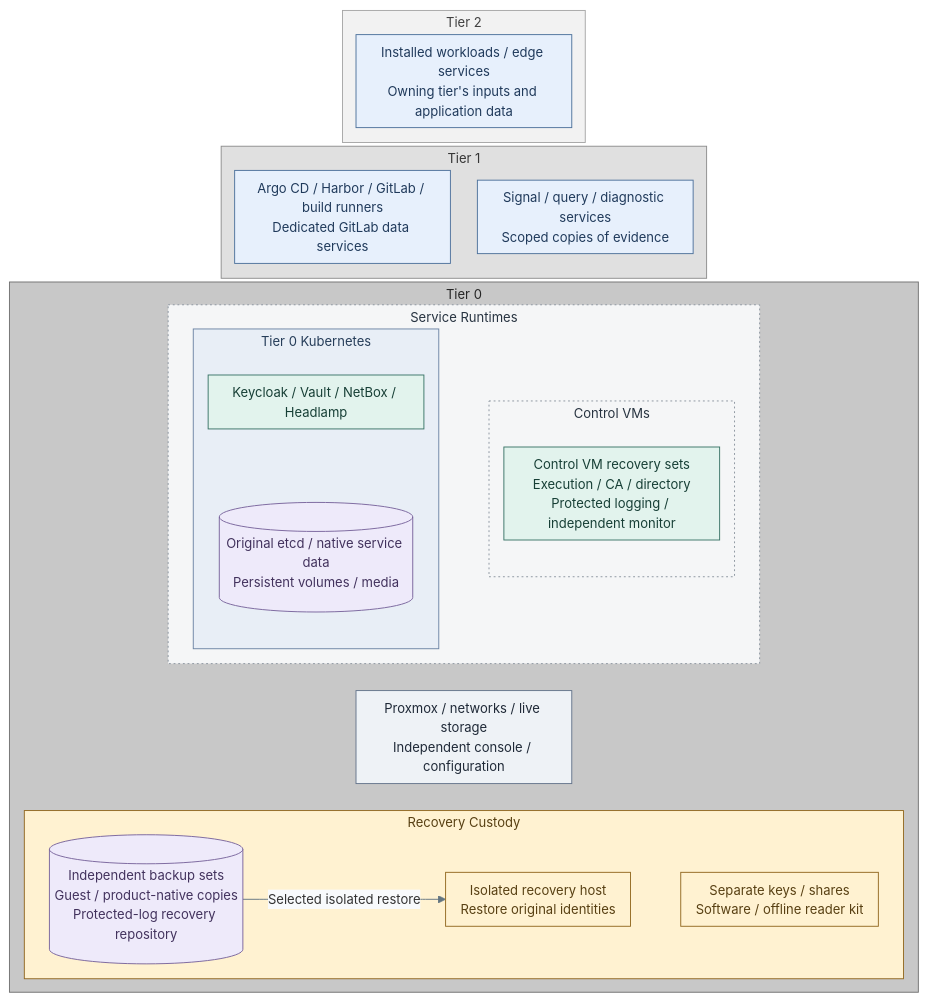
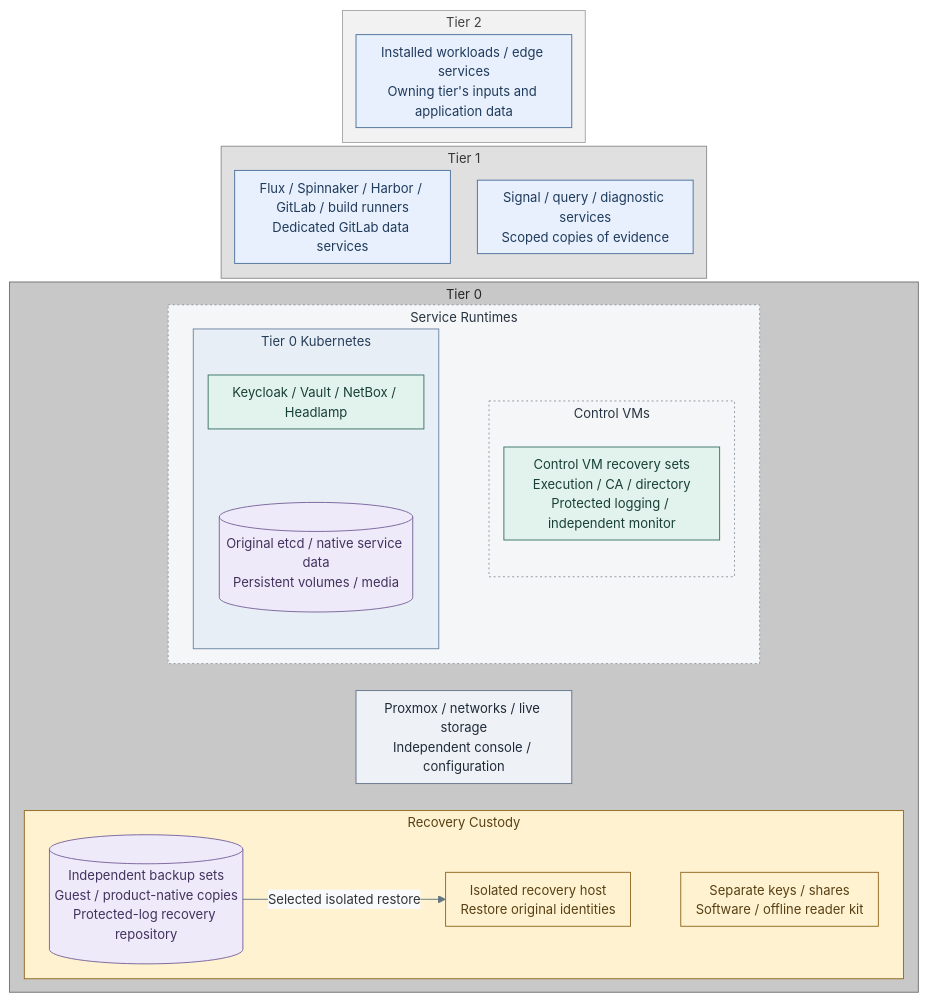
Before and after one commit to Rexus/homelab: the diagram in docs/05-operations/06-resilience/README.md, drawn with Mermaid. The commit also changed 106 other files, not shown here.

````diff
--- a/docs/05-operations/06-resilience/README.md
+++ b/docs/05-operations/06-resilience/README.md
@@ -11,63 +11,63 @@
 ```mermaid
 %%{init: {"theme":"base","flowchart":{"nodeSpacing":12,"rankSpacing":4,"padding":8,"subGraphTitleMargin":{"top":2,"bottom":8}},"themeVariables":{"lineColor":"#627581","edgeLabelBackground":"#f8fafc","fontFamily":"Arial, sans-serif","fontSize":"14px"},"fontFamily":"Arial, sans-serif"}}%%
 flowchart TB
   subgraph T2["Tier 2"]
     Workloads["Installed workloads / edge services<br/>Owning tier's inputs and application data"]
   end
   subgraph T1["Tier 1"]
     direction LR
-    Delivery["Argo CD / Harbor / GitLab / build runners<br/>Dedicated GitLab data services"]
+    Delivery["Flux / Spinnaker / Harbor / GitLab / build runners<br/>Dedicated GitLab data services"]
     Observability["Signal / query / diagnostic services<br/>Scoped copies of evidence"]
     Delivery ~~~ Observability
   end
   subgraph T0["Tier 0"]
     direction TB
     subgraph Connected["Service Runtimes"]
       direction LR
       subgraph Cluster["Tier 0 Kubernetes"]
         direction TB
         Apps["Keycloak / Vault / NetBox / Headlamp"]
         Data[("Original etcd / native service data<br/>Persistent volumes / media")]
         Apps ~~~ Data
       end
       subgraph VMs["Control VMs"]
         direction TB
         ControlSets["Control VM recovery sets<br/>Execution / CA / directory<br/>Protected logging / independent monitor"]
       end
       Cluster ~~~ VMs
     end
     Foundation["Proxmox / networks / live storage<br/>Independent console / configuration"]
     subgraph Recovery["Recovery Custody"]
       direction LR
       Copies[("Independent backup sets<br/>Guest / product-native copies<br/>Protected-log recovery repository")]
       Host["Isolated recovery host<br/>Restore original identities"]
       Keys["Separate keys / shares<br/>Software / offline reader kit"]
       Copies -->|Selected isolated restore| Host
       Host ~~~ Keys
     end
     Connected ~~~ Foundation ~~~ Recovery
   end
   T2 ~~~ T1 ~~~ T0
   classDef default fill:#f8fafc,stroke:#64748b,color:#1f2937
   classDef services fill:#e7f0fc,stroke:#4d719b,color:#203a5b
   classDef control fill:#e2f3ed,stroke:#397366,color:#173f36
   classDef runtime fill:#d9eeec,stroke:#4d7b77,color:#173f3e
   classDef boundary fill:#eef2f6,stroke:#64748b,color:#1f2937
   classDef custody fill:#fff2d1,stroke:#926820,color:#584013
   classDef data fill:#eeeafa,stroke:#78639b,color:#42325d
   class Workloads,Delivery,Observability services
   class Apps,ControlSets control
   class Foundation boundary
   class Recovery,Host,Keys custody
   class Data,Copies data
   classDef kubernetes fill:#e8eef6,stroke:#6b83a3,color:#263d59
   class Cluster kubernetes
   classDef tier0 fill:#c8c8c8,stroke:#707070,color:#262626
   class T0 tier0
   classDef tier1 fill:#e0e0e0,stroke:#8c8c8c,color:#363636
   class T1 tier1
   classDef tier2 fill:#f2f2f2,stroke:#a6a6a6,color:#404040
   class T2 tier2
   classDef group fill:#f5f6f7,stroke:#89939e,color:#273340,stroke-dasharray:2 3
   class Connected,VMs group
 ```
````
